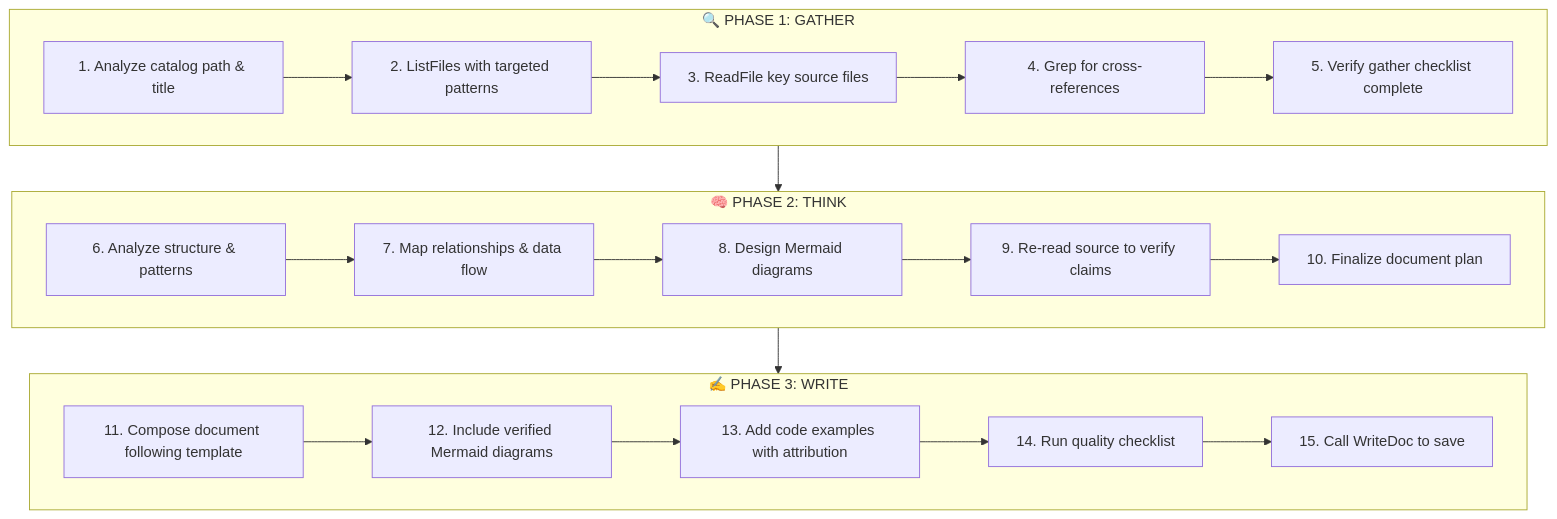
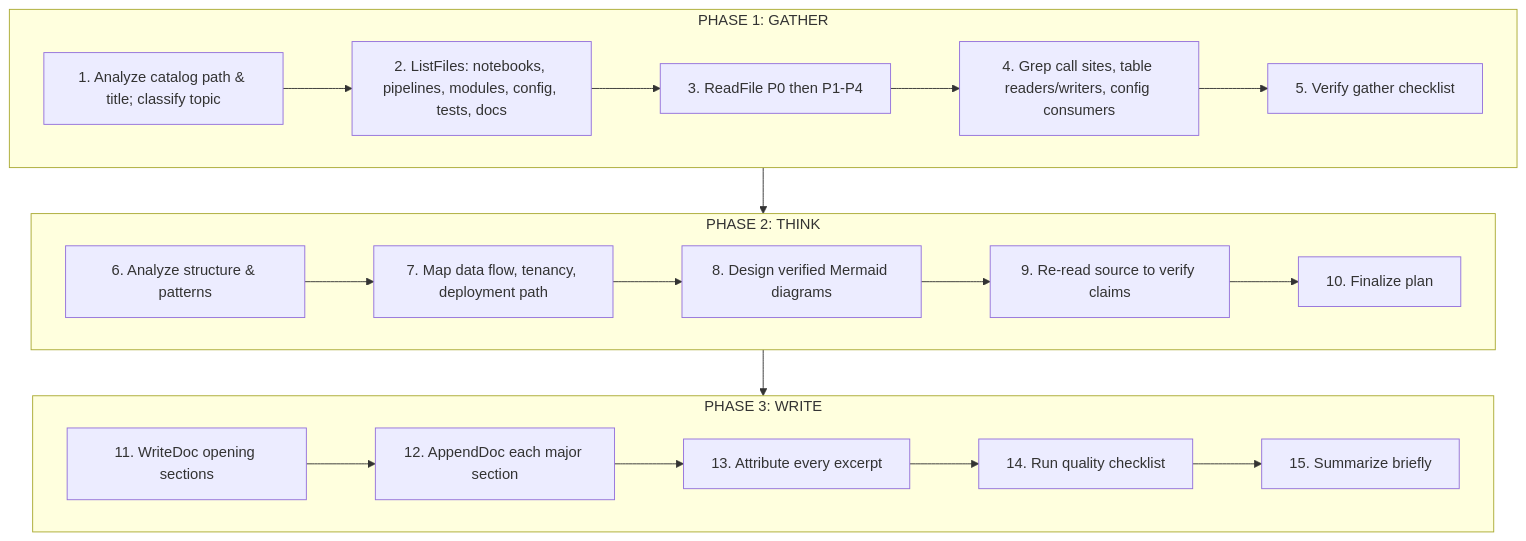
One commit to cachatj/antigravity-deepwiki changed the eighth of 8 diagrams in src/OpenDeepWiki/prompts/content-generator.md. Above: the diagram before and after it, drawn with Mermaid. The commit also changed other lines of this file and 16 other files, not shown here.

First line of the commit message:
Add incremental updater and mind map generator prompts

````diff
--- a/src/OpenDeepWiki/prompts/content-generator.md
+++ b/src/OpenDeepWiki/prompts/content-generator.md
@@ -1013,25 +907,22 @@
 ```mermaid
 flowchart TD
-    subgraph P1["🔍 PHASE 1: GATHER"]
-        S1["1. Analyze catalog path & title"] --> S2["2. ListFiles with targeted patterns"]
-        S2 --> S3["3. ReadFile key source files"]
-        S3 --> S4["4. Grep for cross-references"]
-        S4 --> S5["5. Verify gather checklist complete"]
+    subgraph sg_P1["PHASE 1: GATHER"]
+        S1["1. Analyze catalog path & title; classify topic"] --> S2["2. ListFiles: notebooks, pipelines, modules, config, tests, docs"]
+        S2 --> S3["3. ReadFile P0 then P1-P4"]
+        S3 --> S4["4. Grep call sites, table readers/writers, config consumers"]
+        S4 --> S5["5. Verify gather checklist"]
     end
-
-    subgraph P2["🧠 PHASE 2: THINK"]
-        S6["6. Analyze structure & patterns"] --> S7["7. Map relationships & data flow"]
-        S7 --> S8["8. Design Mermaid diagrams"]
+    subgraph sg_P2["PHASE 2: THINK"]
+        S6["6. Analyze structure & patterns"] --> S7["7. Map data flow, tenancy, deployment path"]
+        S7 --> S8["8. Design verified Mermaid diagrams"]
         S8 --> S9["9. Re-read source to verify claims"]
-        S9 --> S10["10. Finalize document plan"]
+        S9 --> S10["10. Finalize plan"]
     end
-
-    subgraph P3["✍️ PHASE 3: WRITE"]
-        S11["11. Compose document following template"] --> S12["12. Include verified Mermaid diagrams"]
-        S12 --> S13["13. Add code examples with attribution"]
+    subgraph sg_P3["PHASE 3: WRITE"]
+        S11["11. WriteDoc opening sections"] --> S12["12. AppendDoc each major section"]
+        S12 --> S13["13. Attribute every excerpt"]
         S13 --> S14["14. Run quality checklist"]
-        S14 --> S15["15. Call WriteDoc to save"]
+        S14 --> S15["15. Summarize briefly"]
     end
-
-    P1 --> P2 --> P3
+    sg_P1 --> sg_P2 --> sg_P3
 ```
````
